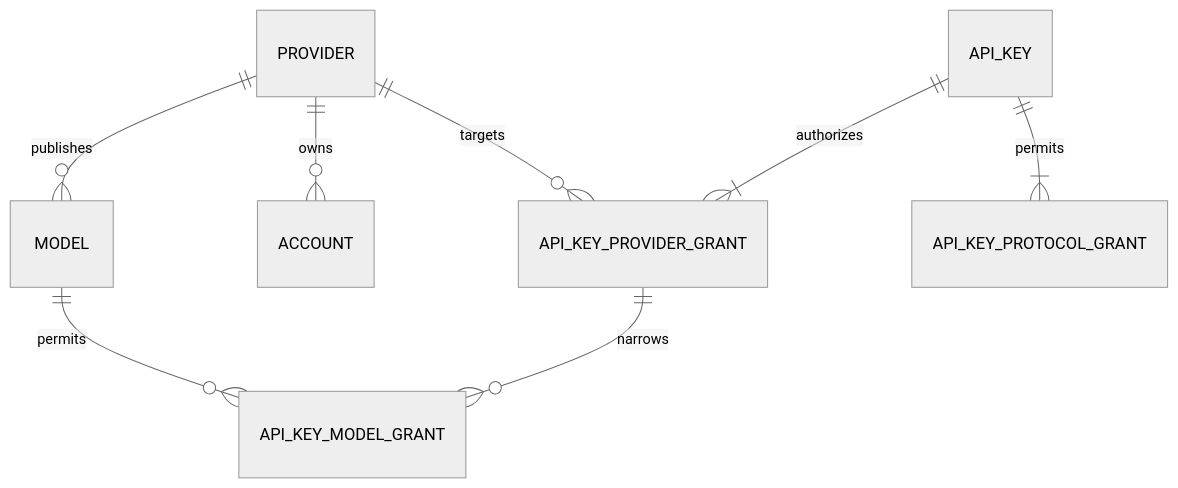
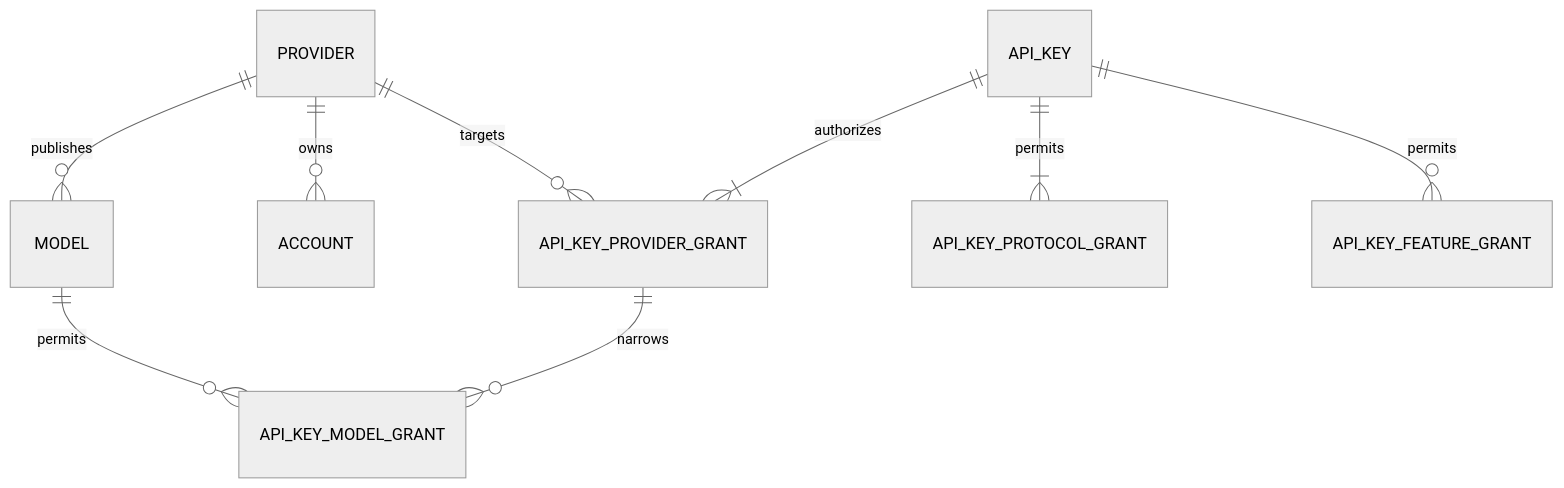
Before and after one commit to Prodigalgal/any2api: the diagram in docs/architecture/DATA_MODEL.md, drawn with Mermaid (neutral theme). The commit also changed other lines of this file and 26 other files, not shown here.

````diff
--- a/docs/architecture/DATA_MODEL.md
+++ b/docs/architecture/DATA_MODEL.md
@@ -14,10 +14,11 @@
 ```mermaid
 erDiagram
     PROVIDER ||--o{ MODEL : publishes
     PROVIDER ||--o{ ACCOUNT : owns
     API_KEY ||--|{ API_KEY_PROVIDER_GRANT : authorizes
     PROVIDER ||--o{ API_KEY_PROVIDER_GRANT : targets
     API_KEY_PROVIDER_GRANT ||--o{ API_KEY_MODEL_GRANT : narrows
     MODEL ||--o{ API_KEY_MODEL_GRANT : permits
     API_KEY ||--|{ API_KEY_PROTOCOL_GRANT : permits
+    API_KEY ||--o{ API_KEY_FEATURE_GRANT : permits
 ```
````
